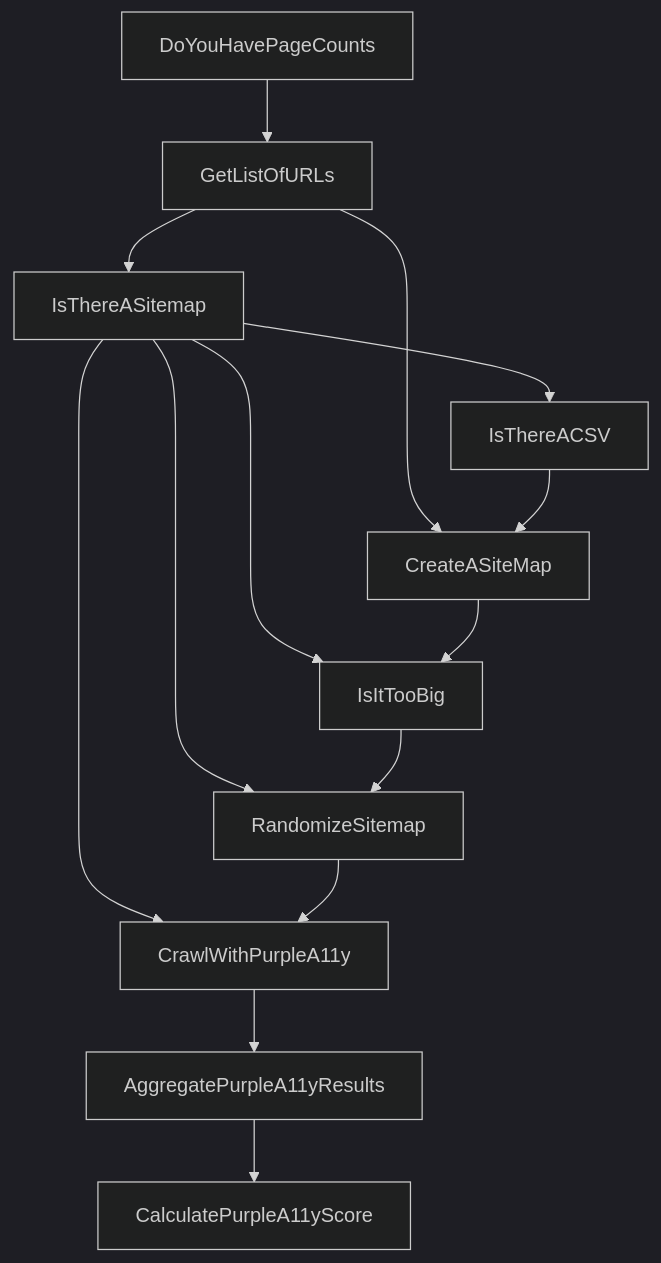
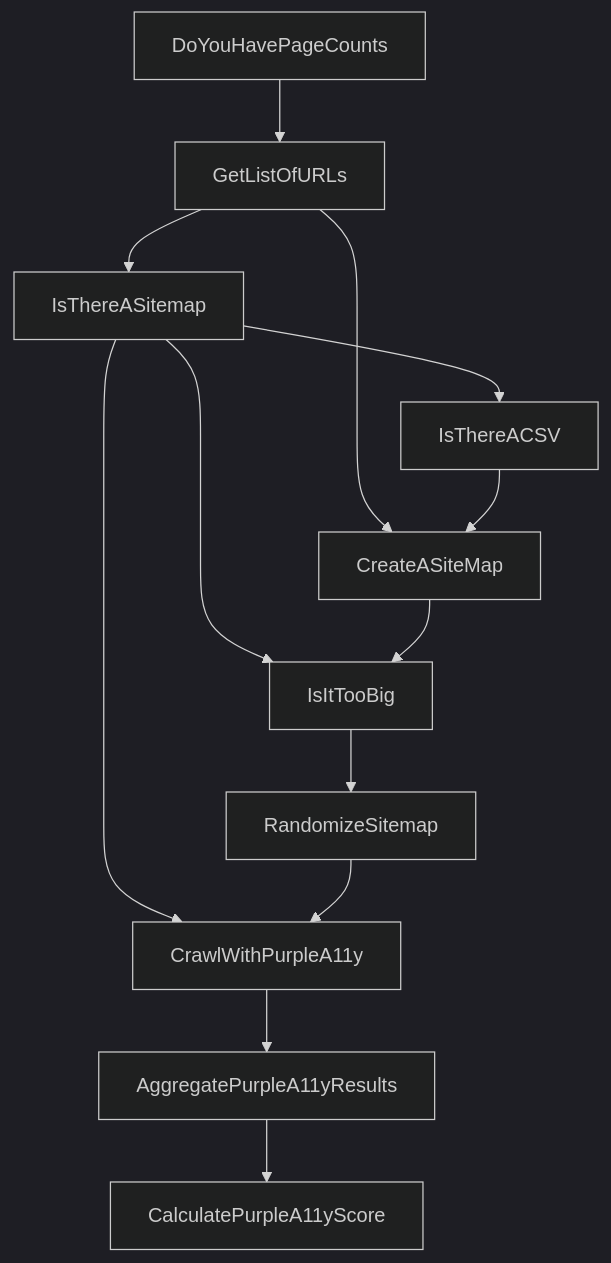
Before and after one commit to mgifford/purple-a11y: the diagram in sitemap-tools/decision-tree.md, drawn with Mermaid (dark theme).

````diff
--- a/sitemap-tools/decision-tree.md
+++ b/sitemap-tools/decision-tree.md
@@ -3,17 +3,16 @@
 ```mermaid
 graph TD;
     IsThereASitemap-->IsThereACSV;
     DoYouHavePageCounts-->GetListOfURLs;
     GetListOfURLs-->IsThereASitemap;
     GetListOfURLs-->CreateASiteMap;
     IsThereACSV-->CreateASiteMap;
     IsThereASitemap-->CrawlWithPurpleA11y;
     IsThereASitemap-->IsItTooBig;
-    IsThereASitemap-->RandomizeSitemap;
     CreateASiteMap-->IsItTooBig;
     IsItTooBig-->RandomizeSitemap;
     RandomizeSitemap-->CrawlWithPurpleA11y;
     CrawlWithPurpleA11y-->AggregatePurpleA11yResults;
     AggregatePurpleA11yResults-->CalculatePurpleA11yScore
 
 ```
````
